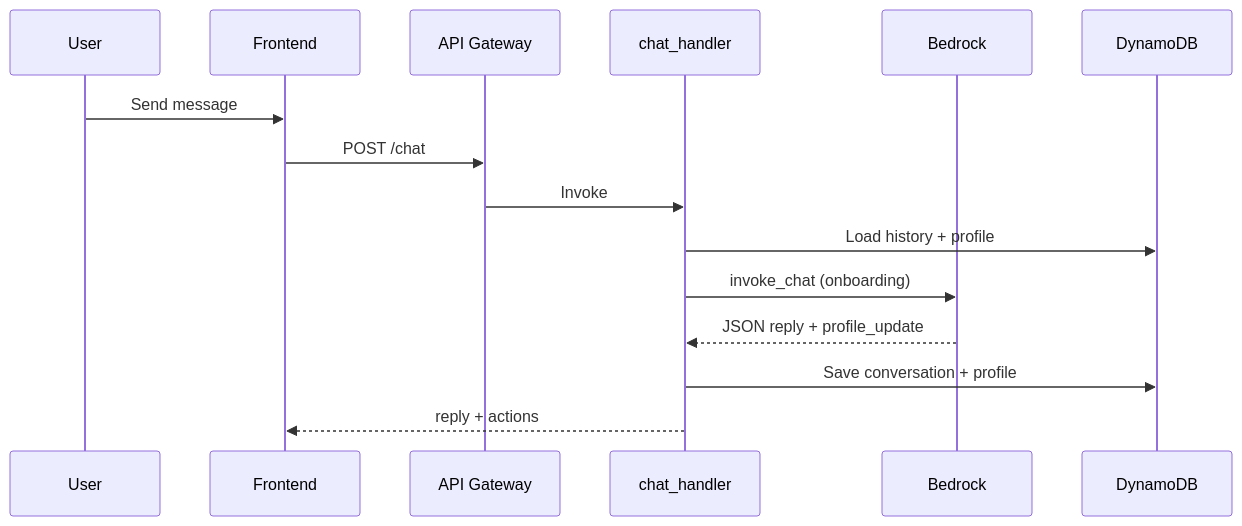
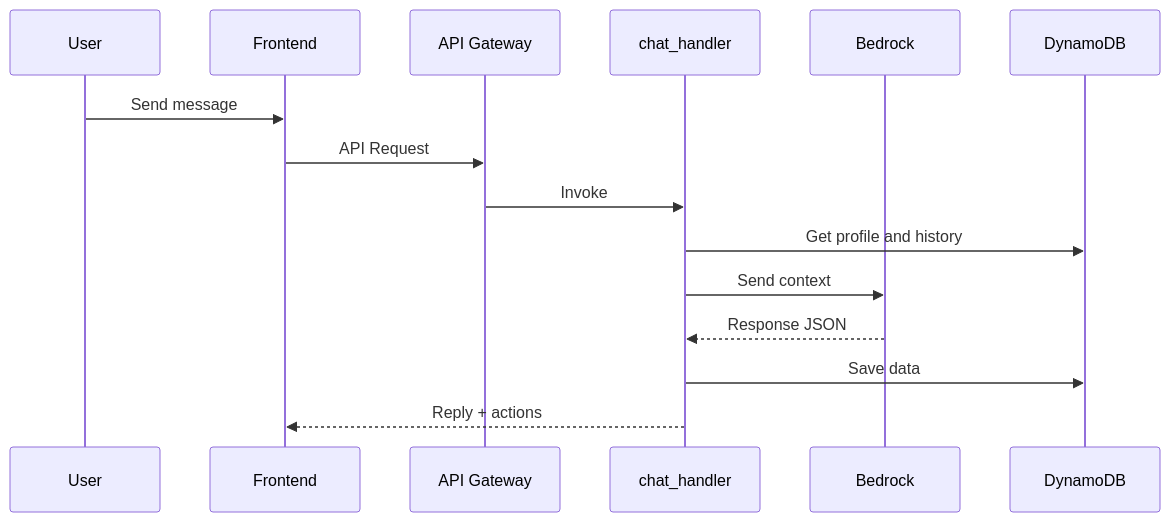
One commit to Balaji5359/ET-Hackathon-Project-Repo changed the third of 4 diagrams in design.md. Above: the diagram before and after it, drawn with Mermaid. The commit also changed other lines of this file and 4 other files, not shown here.

````diff
--- a/design.md
+++ b/design.md
@@ -86,18 +95,18 @@
 ```mermaid
 sequenceDiagram
   participant U as User
   participant FE as Frontend
   participant AG as API Gateway
   participant CH as chat_handler
-  participant BR as Bedrock
+  participant AI as Bedrock
   participant DB as DynamoDB
 
   U->>FE: Send message
-  FE->>AG: POST /chat
+  FE->>AG: API Request
   AG->>CH: Invoke
-  CH->>DB: Load history + profile
-  CH->>BR: invoke_chat (onboarding)
-  BR-->>CH: JSON reply + profile_update
-  CH->>DB: Save conversation + profile
-  CH-->>FE: reply + actions
+  CH->>DB: Get profile and history
+  CH->>AI: Send context
+  AI-->>CH: Response JSON
+  CH->>DB: Save data
+  CH-->>FE: Reply + actions
 ```
````
